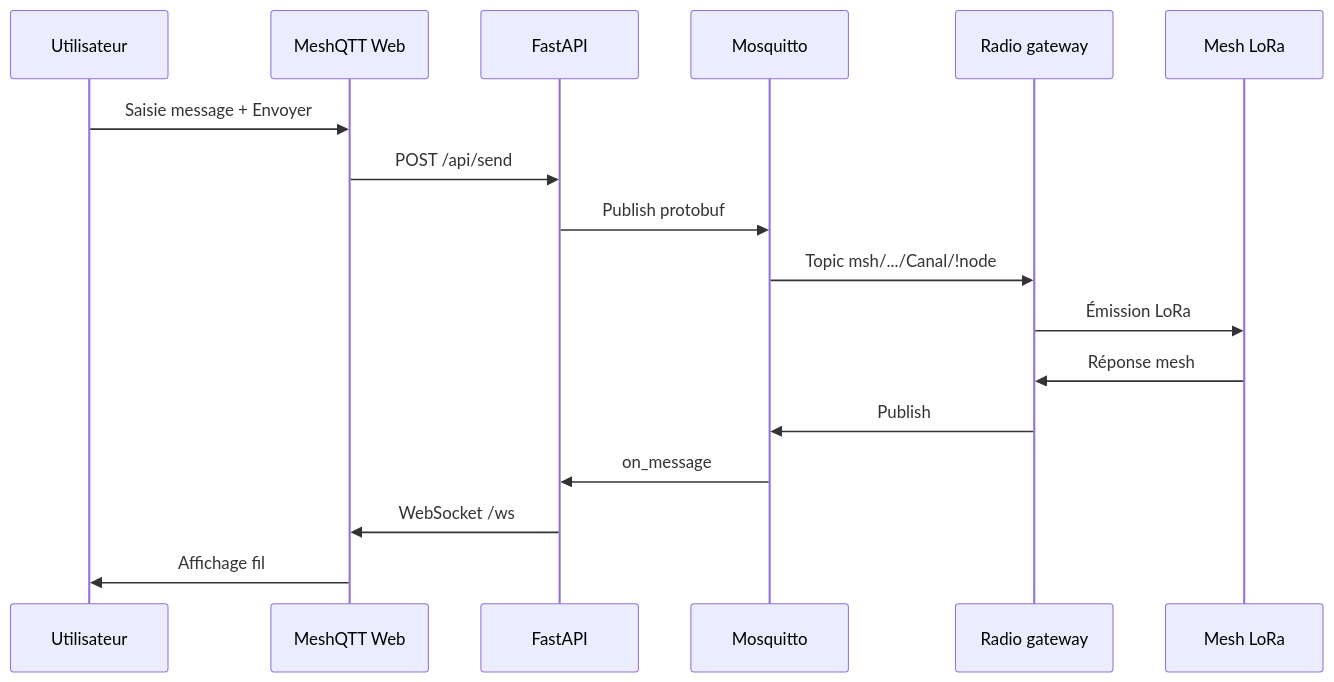
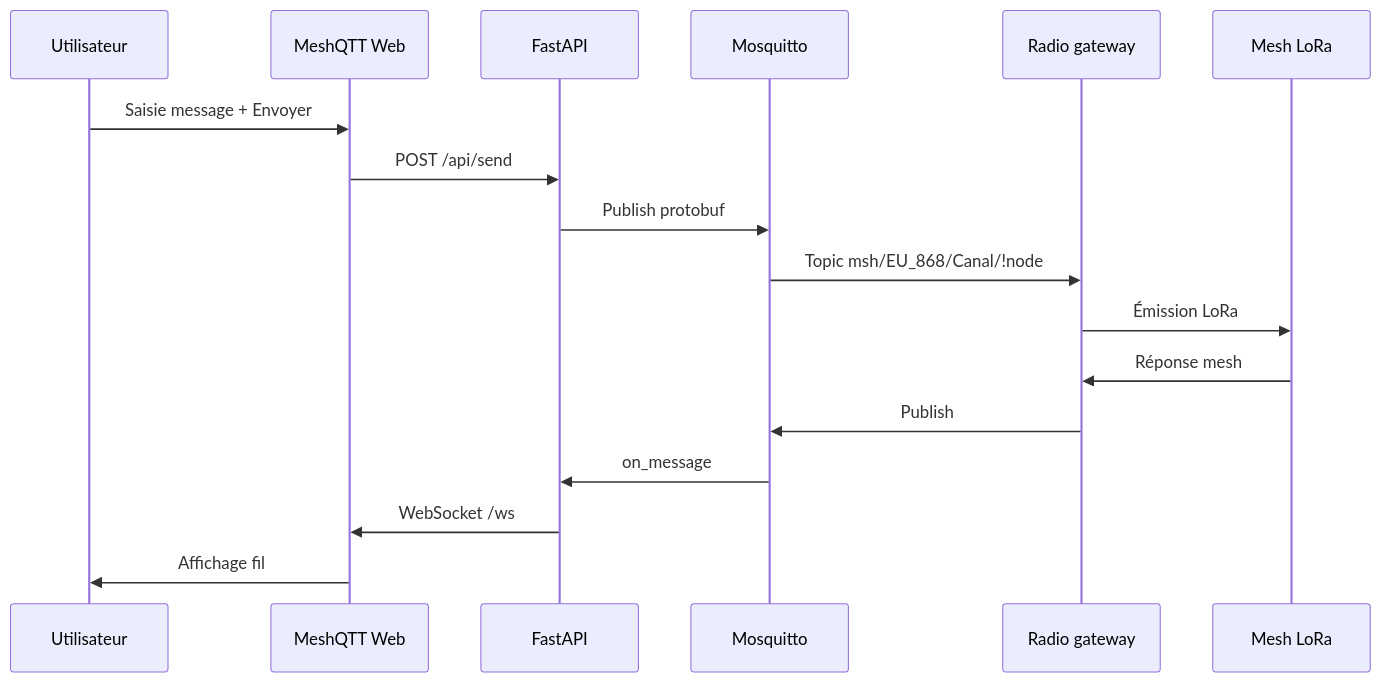
Before and after one commit to F4EED/MeshQTT: the second of 3 diagrams in README.md, drawn with Mermaid. The commit also changed other lines of this file and 8 other files, not shown here.

First line of the commit message:
Adopter le root topic Gaulix msh/EU_868 pour le crossband MQTT.

````diff
--- a/README.md
+++ b/README.md
@@ -103,20 +121,20 @@
 ```mermaid
 sequenceDiagram
     participant U as Utilisateur
     participant W as MeshQTT Web
     participant F as FastAPI
     participant M as Mosquitto
     participant R as Radio gateway
     participant L as Mesh LoRa
 
     U->>W: Saisie message + Envoyer
     W->>F: POST /api/send
     F->>M: Publish protobuf
-    M->>R: Topic msh/.../Canal/!node
+    M->>R: Topic msh/EU_868/Canal/!node
     R->>L: Émission LoRa
     L->>R: Réponse mesh
     R->>M: Publish
     M->>F: on_message
     F->>W: WebSocket /ws
     W->>U: Affichage fil
 ```
````
